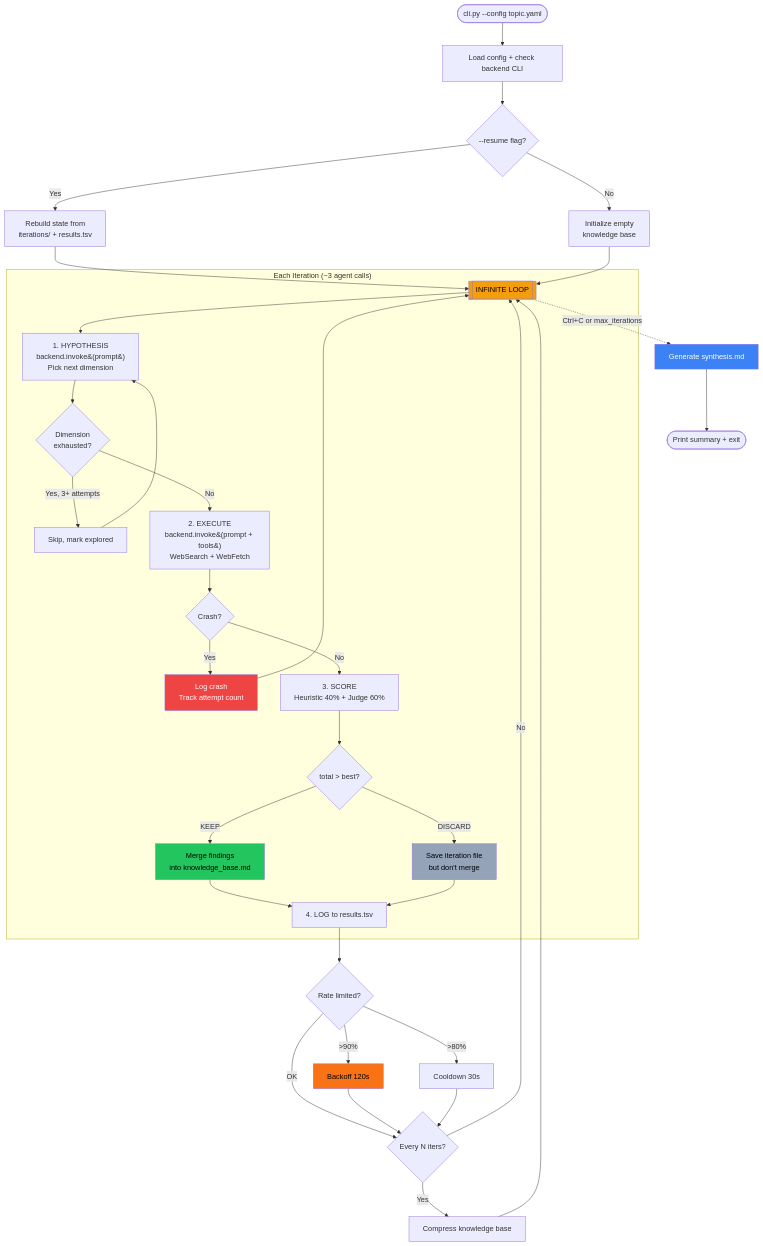
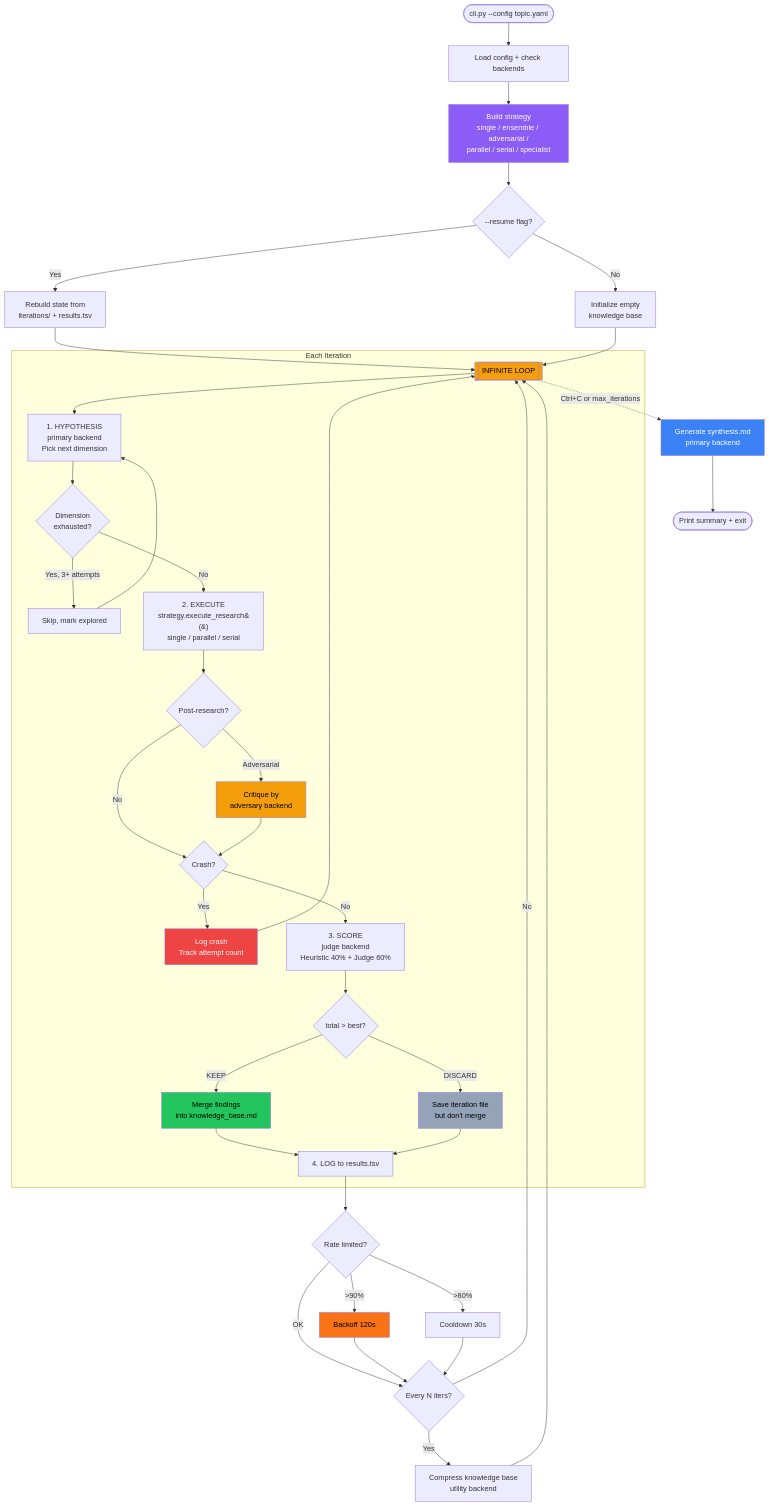
One commit to josefigueredo/auto-research changed the first of 8 diagrams in README.md. Above: the diagram before and after it, drawn with Mermaid. The commit also changed other lines of this file, not shown here.

First line of the commit message:
docs: update README with multi-backend strategies and diagrams

````diff
--- a/README.md
+++ b/README.md
@@ -32,52 +34,59 @@
 ```mermaid
 flowchart TD
-    START([cli.py --config topic.yaml]) --> INIT[Load config + check backend CLI]
-    INIT --> CHECK{--resume flag?}
+    START([cli.py --config topic.yaml]) --> INIT[Load config + check backends]
+    INIT --> STRAT[Build strategy<br>single / ensemble / adversarial /<br>parallel / serial / specialist]
+    STRAT --> CHECK{--resume flag?}
     CHECK -->|Yes| RESUME[Rebuild state from<br>iterations/ + results.tsv]
     CHECK -->|No| FRESH[Initialize empty<br>knowledge base]
     RESUME --> LOOP
     FRESH --> LOOP
 
     LOOP[[INFINITE LOOP]] --> HYPO
 
-    subgraph ITERATION ["Each Iteration (~3 agent calls)"]
-        HYPO[1. HYPOTHESIS<br>backend.invoke&#40;prompt&#41;<br>Pick next dimension]
+    subgraph ITERATION ["Each Iteration"]
+        HYPO[1. HYPOTHESIS<br>primary backend<br>Pick next dimension]
         HYPO --> EXHAUST{Dimension<br>exhausted?}
         EXHAUST -->|Yes, 3+ attempts| SKIP_DIM[Skip, mark explored]
         EXHAUST -->|No| EXEC
         SKIP_DIM --> HYPO
-        EXEC[2. EXECUTE<br>backend.invoke&#40;prompt + tools&#41;<br>WebSearch + WebFetch]
-        EXEC --> CRASH{Crash?}
+        EXEC[2. EXECUTE<br>strategy.execute_research&#40;&#41;<br>single / parallel / serial]
+        EXEC --> CRIT{Post-research?}
+        CRIT -->|Adversarial| CRITIQUE[Critique by<br>adversary backend]
+        CRIT -->|No| CRASH
+        CRITIQUE --> CRASH
+        CRASH{Crash?}
         CRASH -->|Yes| LOG_CRASH[Log crash<br>Track attempt count]
         CRASH -->|No| SCORE
         LOG_CRASH --> LOOP
-        SCORE[3. SCORE<br>Heuristic 40% + Judge 60%]
+        SCORE[3. SCORE<br>judge backend<br>Heuristic 40% + Judge 60%]
         SCORE --> DECIDE{total > best?}
         DECIDE -->|KEEP| MERGE[Merge findings<br>into knowledge_base.md]
         DECIDE -->|DISCARD| SAVE[Save iteration file<br>but don't merge]
         MERGE --> LOG
         SAVE --> LOG
         LOG[4. LOG to results.tsv]
     end
 
     LOG --> RATE{Rate limited?}
     RATE -->|>90%| WAIT_LONG[Backoff 120s]
     RATE -->|>80%| WAIT_SHORT[Cooldown 30s]
     RATE -->|OK| COMPRESS
     WAIT_LONG --> COMPRESS
     WAIT_SHORT --> COMPRESS
     COMPRESS{Every N iters?}
-    COMPRESS -->|Yes| SHRINK[Compress knowledge base]
+    COMPRESS -->|Yes| SHRINK[Compress knowledge base<br>utility backend]
     COMPRESS -->|No| LOOP
     SHRINK --> LOOP
 
-    LOOP -.->|Ctrl+C or max_iterations| SYNTH[Generate synthesis.md]
+    LOOP -.->|Ctrl+C or max_iterations| SYNTH[Generate synthesis.md<br>primary backend]
     SYNTH --> DONE([Print summary + exit])
 
     style LOOP fill:#f59e0b,color:#000
     style MERGE fill:#22c55e,color:#000
     style SAVE fill:#94a3b8,color:#000
     style LOG_CRASH fill:#ef4444,color:#fff
     style SYNTH fill:#3b82f6,color:#fff
     style WAIT_LONG fill:#f97316,color:#000
+    style STRAT fill:#8b5cf6,color:#fff
+    style CRITIQUE fill:#f59e0b,color:#000
 ```
````
